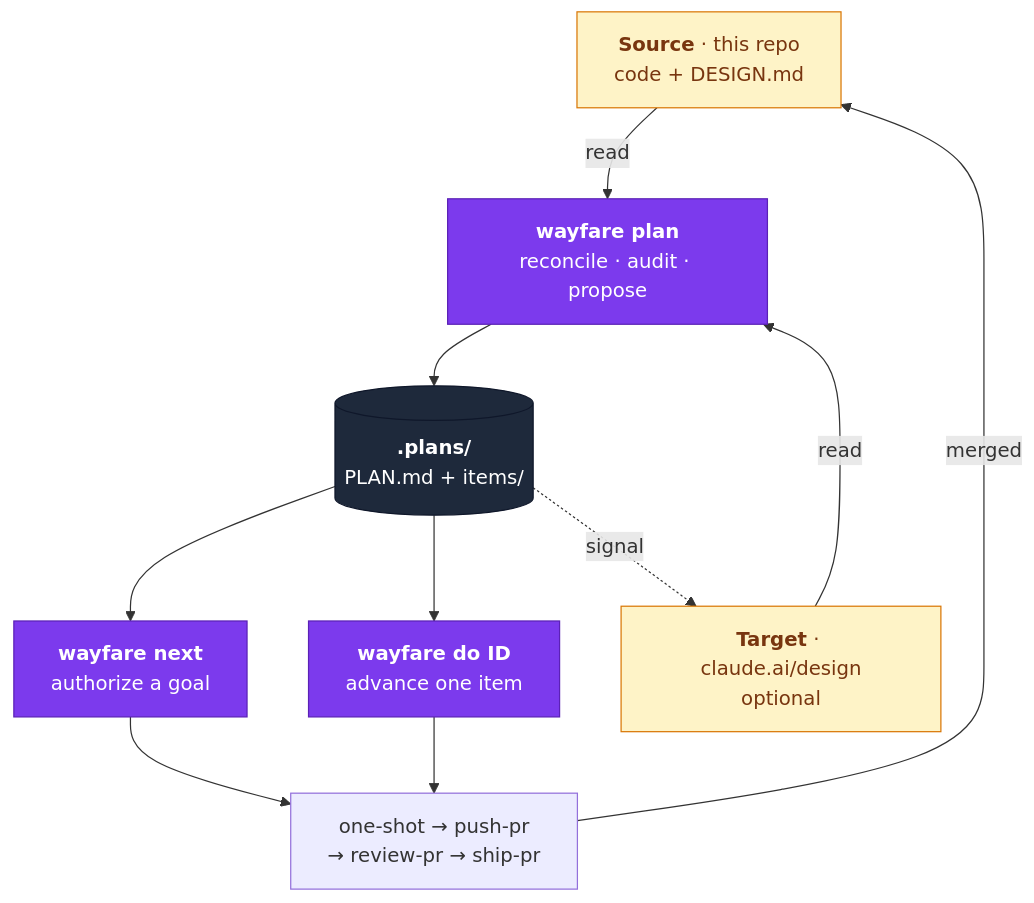
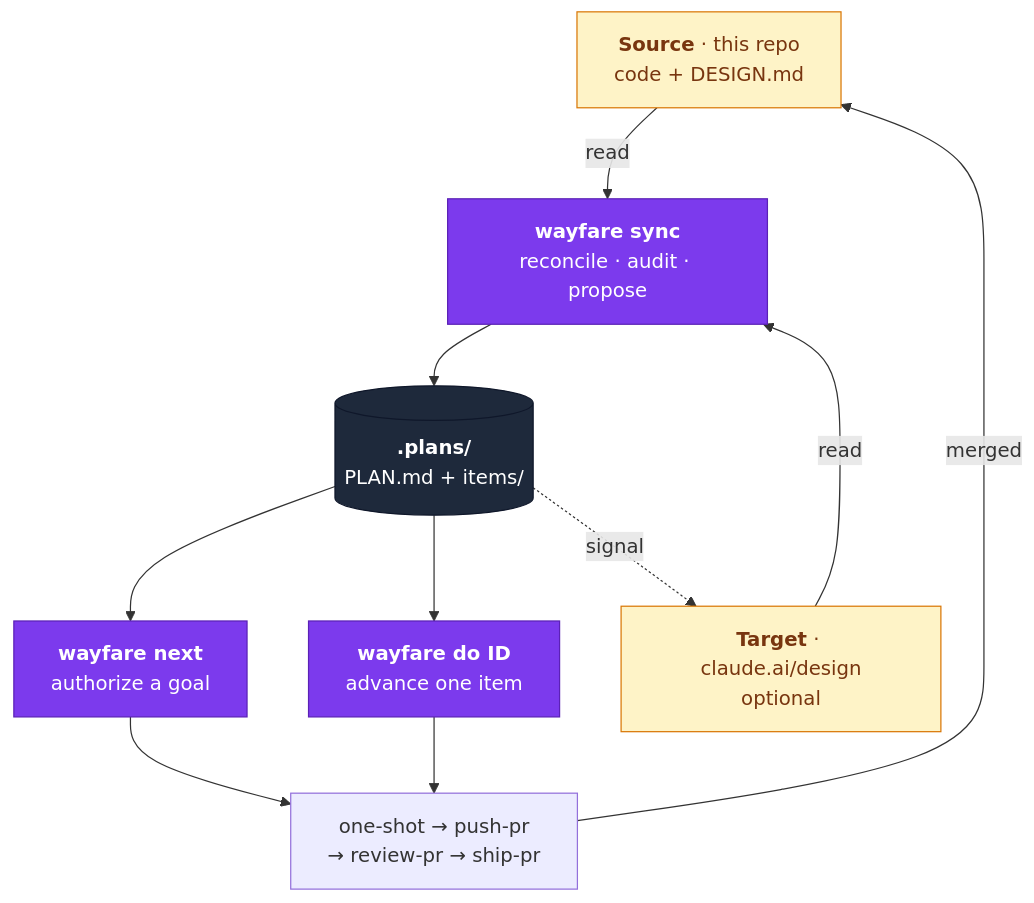
One commit to ai-hero/hero-skills changed the first of 2 diagrams in README.md. Above: the diagram before and after it, drawn with Mermaid. The commit also changed other lines of this file and 29 other files, not shown here.

First line of the commit message:
revert: the verb is `wayfare sync` again

````diff
--- a/README.md
+++ b/README.md
@@ -44,27 +44,27 @@
 ```mermaid
 flowchart TB
   SRC["<b>Source</b> · this repo<br/>code + DESIGN.md"]
   TGT["<b>Target</b> · claude.ai/design<br/>optional"]
-  PLAN["<b>wayfare plan</b><br/>reconcile · audit · propose"]
+  PLAN["<b>wayfare sync</b><br/>reconcile · audit · propose"]
   STORE[("<b>.plans/</b><br/>PLAN.md + items/")]
   NEXT["<b>wayfare next</b><br/>authorize a goal"]
   DO["<b>wayfare do ID</b><br/>advance one item"]
   BUILD["one-shot → push-pr<br/>→ review-pr → ship-pr"]
 
   SRC -- read --> PLAN
   TGT -- read --> PLAN
   PLAN --> STORE
   STORE --> NEXT
   STORE --> DO
   NEXT --> BUILD
   DO --> BUILD
   BUILD -- merged --> SRC
   STORE -. signal .-> TGT
 
   classDef verb fill:#7C3AED,stroke:#5B21B6,color:#fff
   classDef store fill:#1E293B,stroke:#0F172A,color:#fff
   classDef end_ fill:#FEF3C7,stroke:#D97706,color:#78350F
   class PLAN,NEXT,DO verb
   class STORE store
   class SRC,TGT end_
 ```
````
